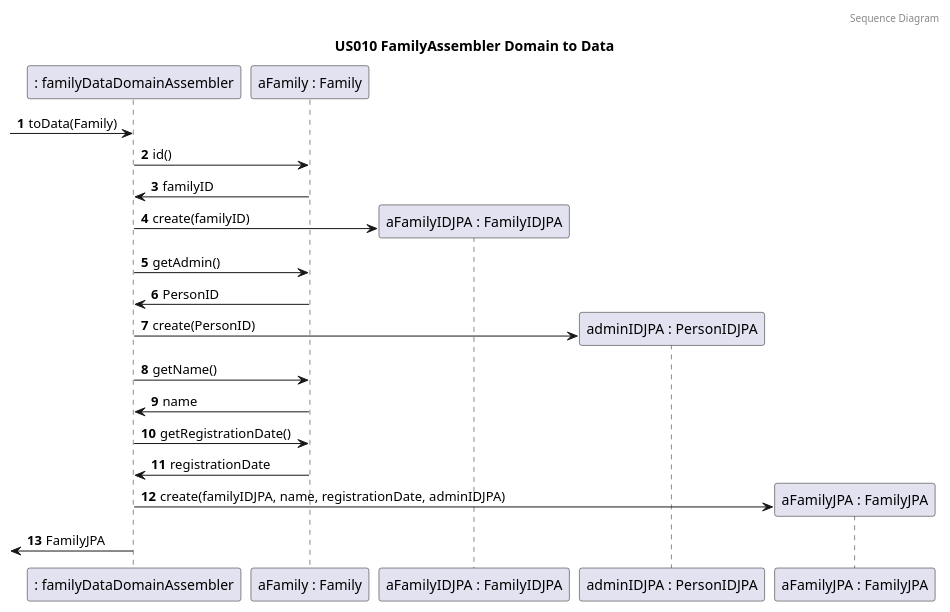
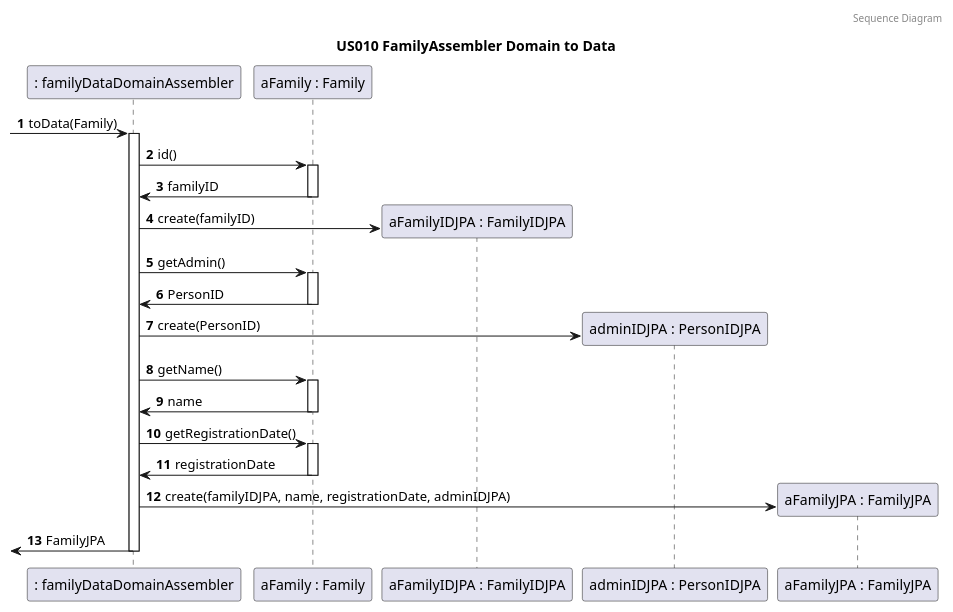
One commit to tomas-osswald/switch_2020_g3 changed the fifth of 7 diagrams in docs/sprint4/user_stories/US010_CreateAFamilyAndSetAdministrator.md. Above: the diagram before and after it, drawn with PlantUML. The commit also changed other lines of this file and 1 other file, not shown here.

Commit message:
fix FamilyAssembler Domain to Data

`````diff
--- a/docs/sprint4/user_stories/US010_CreateAFamilyAndSetAdministrator.md
+++ b/docs/sprint4/user_stories/US010_CreateAFamilyAndSetAdministrator.md
@@ -189,29 +190,39 @@
 ````puml
 @startuml
 
 autonumber
 header Sequence Diagram
 title US010 FamilyAssembler Domain to Data
 
 participant ": familyDataDomainAssembler" as assembler
 participant "aFamily : Family" as Family
 participant "aFamilyIDJPA : FamilyIDJPA" as FamilyIDJPA
 participant "adminIDJPA : PersonIDJPA" as PersonIDJPA
 participant "aFamilyJPA : FamilyJPA" as FamilyJPA
 
 -> assembler : toData(Family)
+activate assembler
 assembler -> Family : id()
+activate Family 
 Family -> assembler : familyID
+deactivate Family 
 assembler -> FamilyIDJPA** : create(familyID)
 assembler -> Family : getAdmin()
+activate Family 
 Family -> assembler : PersonID
+deactivate Family 
 assembler -> PersonIDJPA** : create(PersonID)
 assembler -> Family : getName()
+activate Family 
 Family -> assembler : name
+deactivate Family 
 assembler -> Family : getRegistrationDate()
+activate Family 
 Family -> assembler : registrationDate
+deactivate Family 
 assembler -> FamilyJPA** : create(familyIDJPA, name, registrationDate, adminIDJPA)
 <- assembler : FamilyJPA
+deactivate assembler
 
 @enduml
 ````
`````
